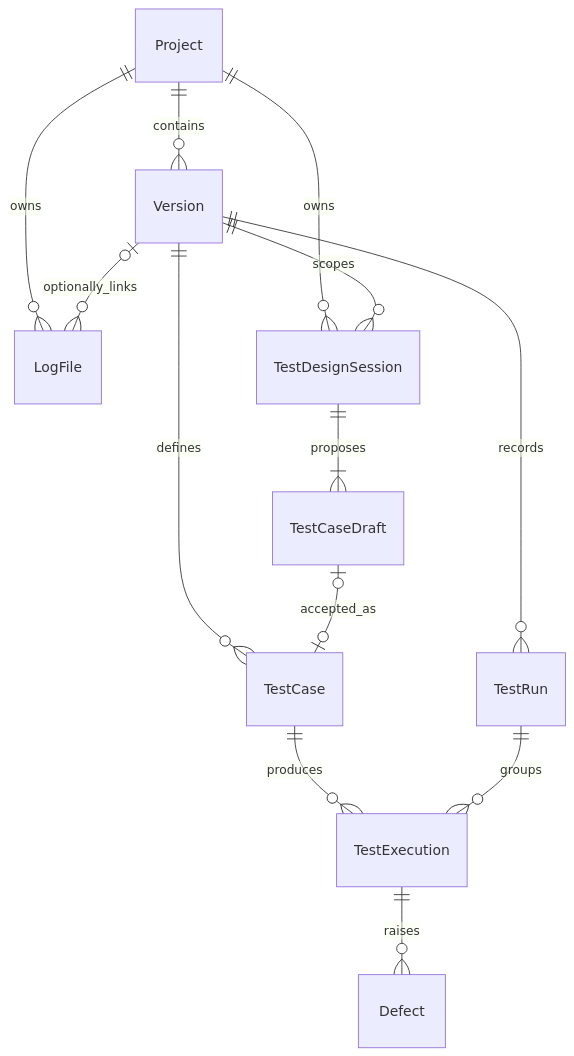
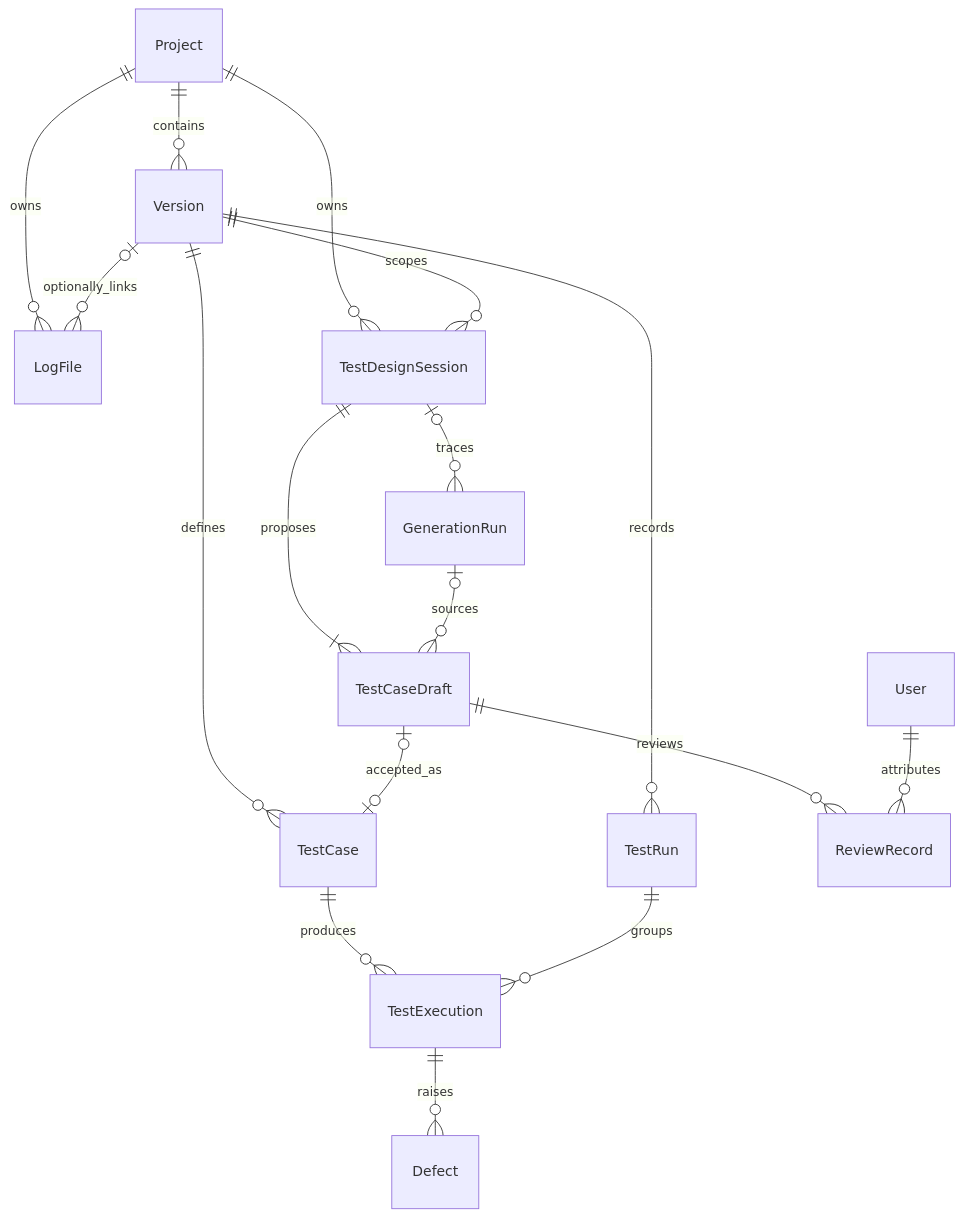
The fifth of 6 diagrams in README.md (hzyufu-del/audio-test-management-platform), drawn with Mermaid before and after one commit. The commit also changed other lines of this file and 48 other files, not shown here.

````diff
--- a/README.md
+++ b/README.md
@@ -105,15 +105,19 @@
 ```mermaid
 erDiagram
     Project ||--o{ Version : contains
     Version ||--o{ TestCase : defines
     Version ||--o{ TestRun : records
     Project ||--o{ LogFile : owns
     Version |o--o{ LogFile : optionally_links
     TestCase ||--o{ TestExecution : produces
     TestRun ||--o{ TestExecution : groups
     TestExecution ||--o{ Defect : raises
     Project ||--o{ TestDesignSession : owns
     Version ||--o{ TestDesignSession : scopes
     TestDesignSession ||--|{ TestCaseDraft : proposes
+    TestDesignSession |o--o{ GenerationRun : traces
+    GenerationRun |o--o{ TestCaseDraft : sources
+    TestCaseDraft ||--o{ ReviewRecord : reviews
+    User ||--o{ ReviewRecord : attributes
     TestCaseDraft o|--o| TestCase : accepted_as
 ```
````
